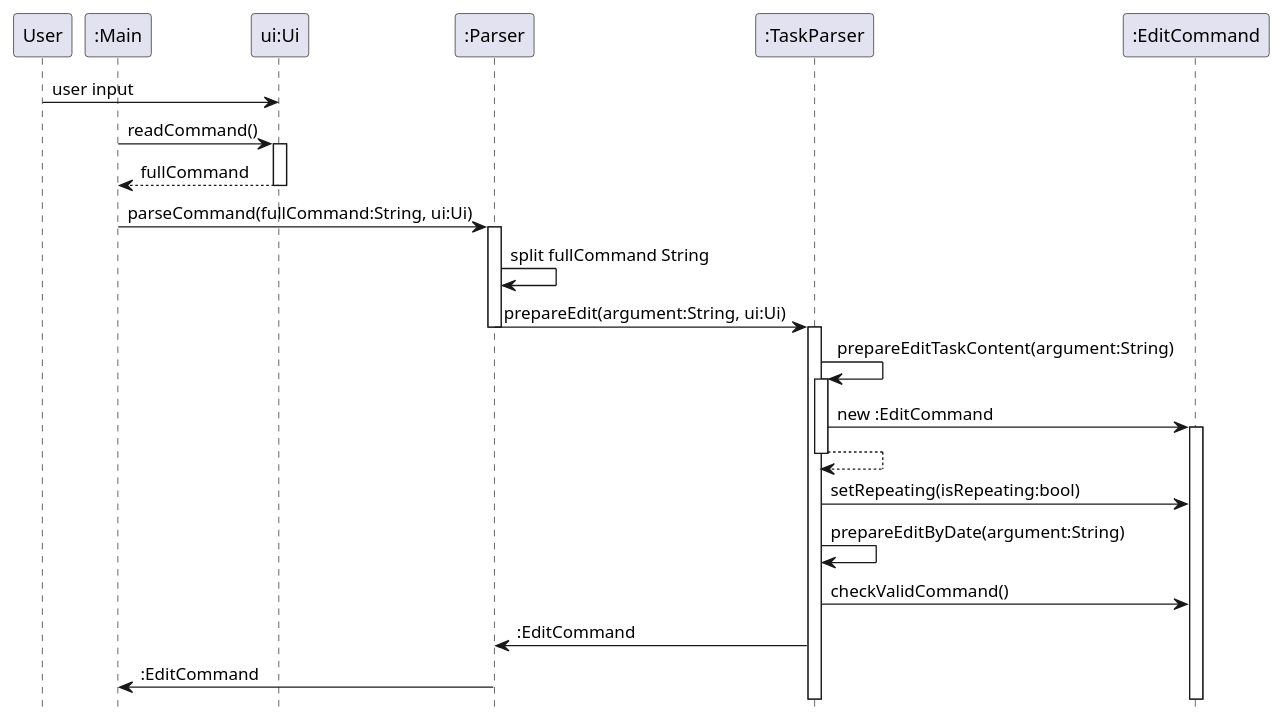
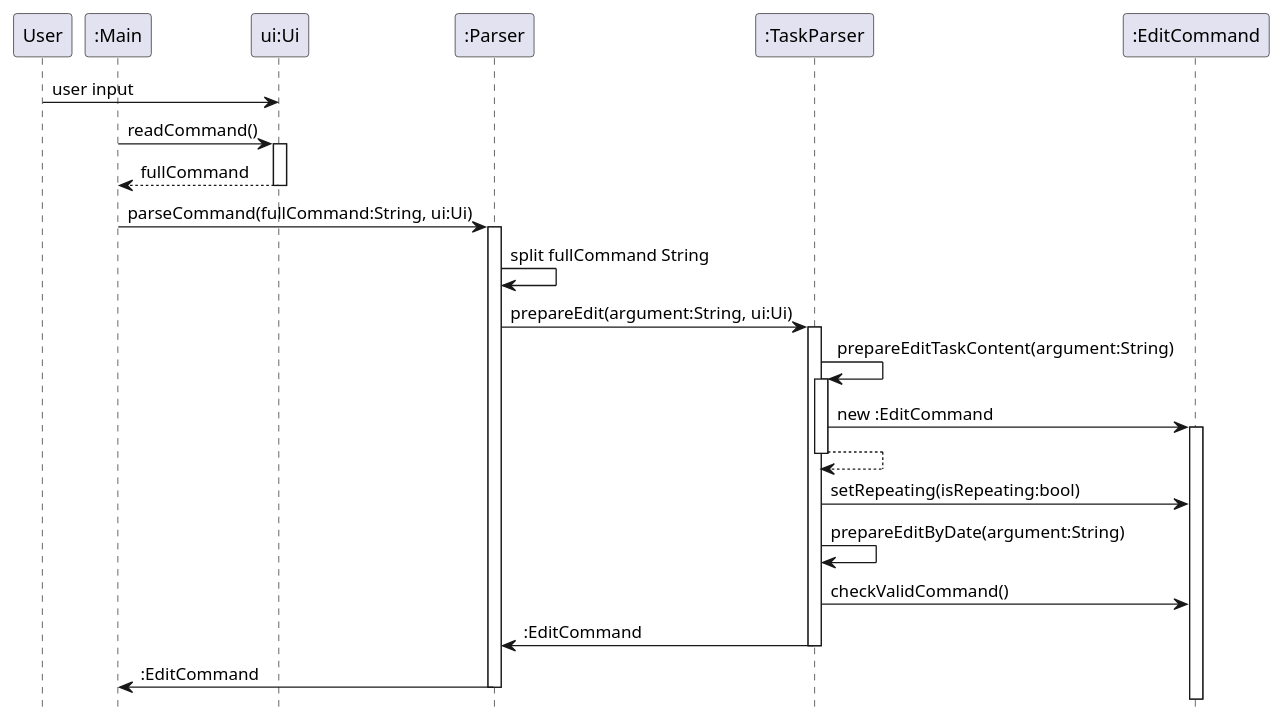
One commit to nus-cs2113-AY2122S2/tp changed the diagram in docs/puml/EditParseUserInputSD.puml. Above: the diagram before and after it, drawn with PlantUML. The commit also changed 1 other file, not shown here.

Commit message:
Fix activation bar mistakes in sequence diagram

```diff
--- a/docs/puml/EditParseUserInputSD.puml
+++ b/docs/puml/EditParseUserInputSD.puml
@@ -1,38 +1,39 @@
 @startuml
 
  hide footbox
  participant User as "User"
  participant Main as ":Main"
  participant Ui as "ui:Ui"
  participant Parser as ":Parser"
  participant TaskParser as ":TaskParser"
  participant EditCommand as ":EditCommand"
 
  User -> Ui: user input
 
  Main -> Ui: readCommand()
  activate Ui
  Ui --> Main: fullCommand
  deactivate Ui
 
  Main -> Parser: parseCommand(fullCommand:String, ui:Ui)
 
  activate Parser
  Parser -> Parser: split fullCommand String
  Parser -> TaskParser: prepareEdit(argument:String, ui:Ui)
- deactivate Parser
 
  activate TaskParser
  TaskParser -> TaskParser: prepareEditTaskContent(argument:String)
  activate TaskParser
  TaskParser -> EditCommand: new :EditCommand
  activate EditCommand
  TaskParser --> TaskParser
  deactivate TaskParser
  TaskParser -> EditCommand: setRepeating(isRepeating:bool)
  TaskParser -> TaskParser: prepareEditByDate(argument:String)
  TaskParser -> EditCommand: checkValidCommand()
  TaskParser -> Parser: :EditCommand
+ deactivate TaskParser
  Parser -> Main: :EditCommand
+ deactivate Parser
 
  @enduml
```
